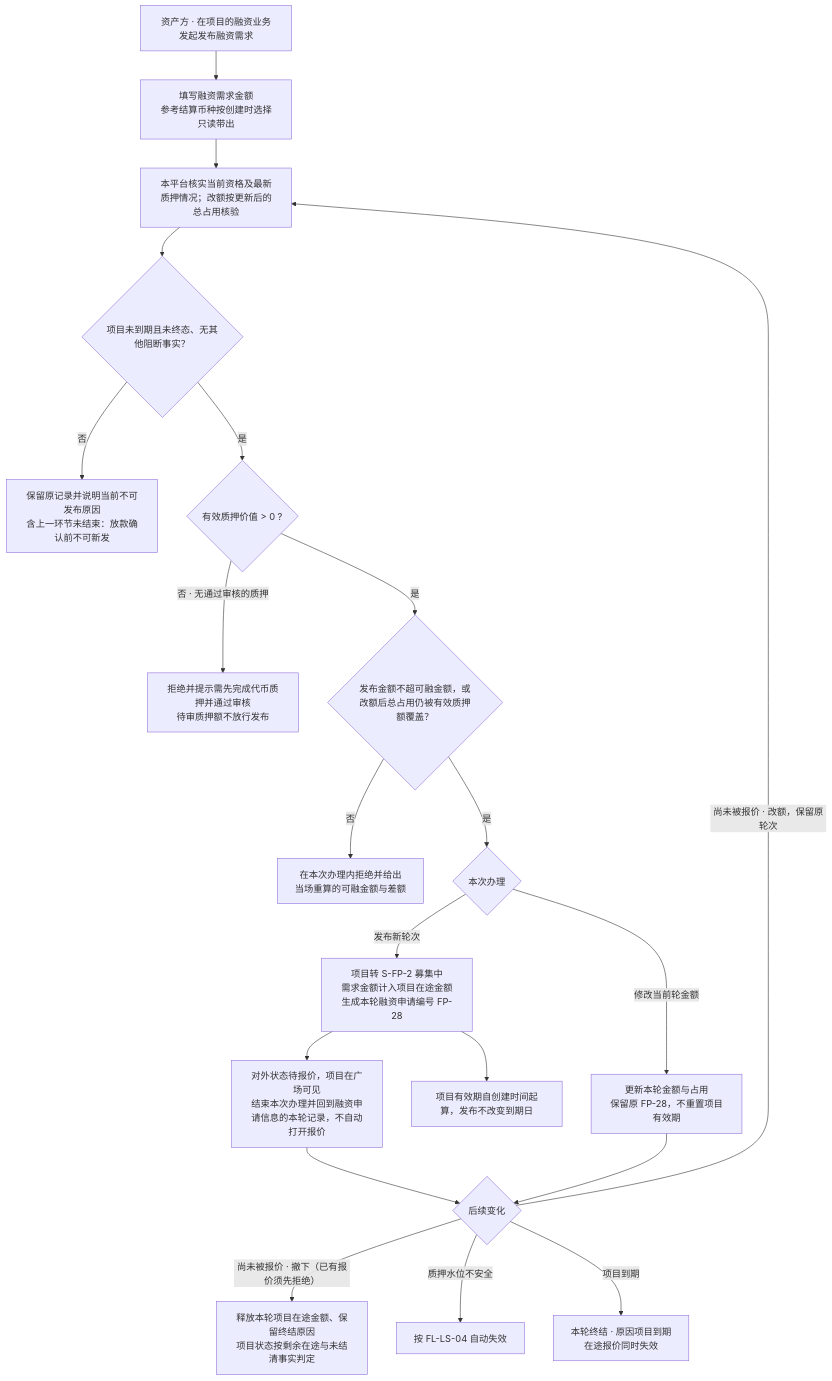
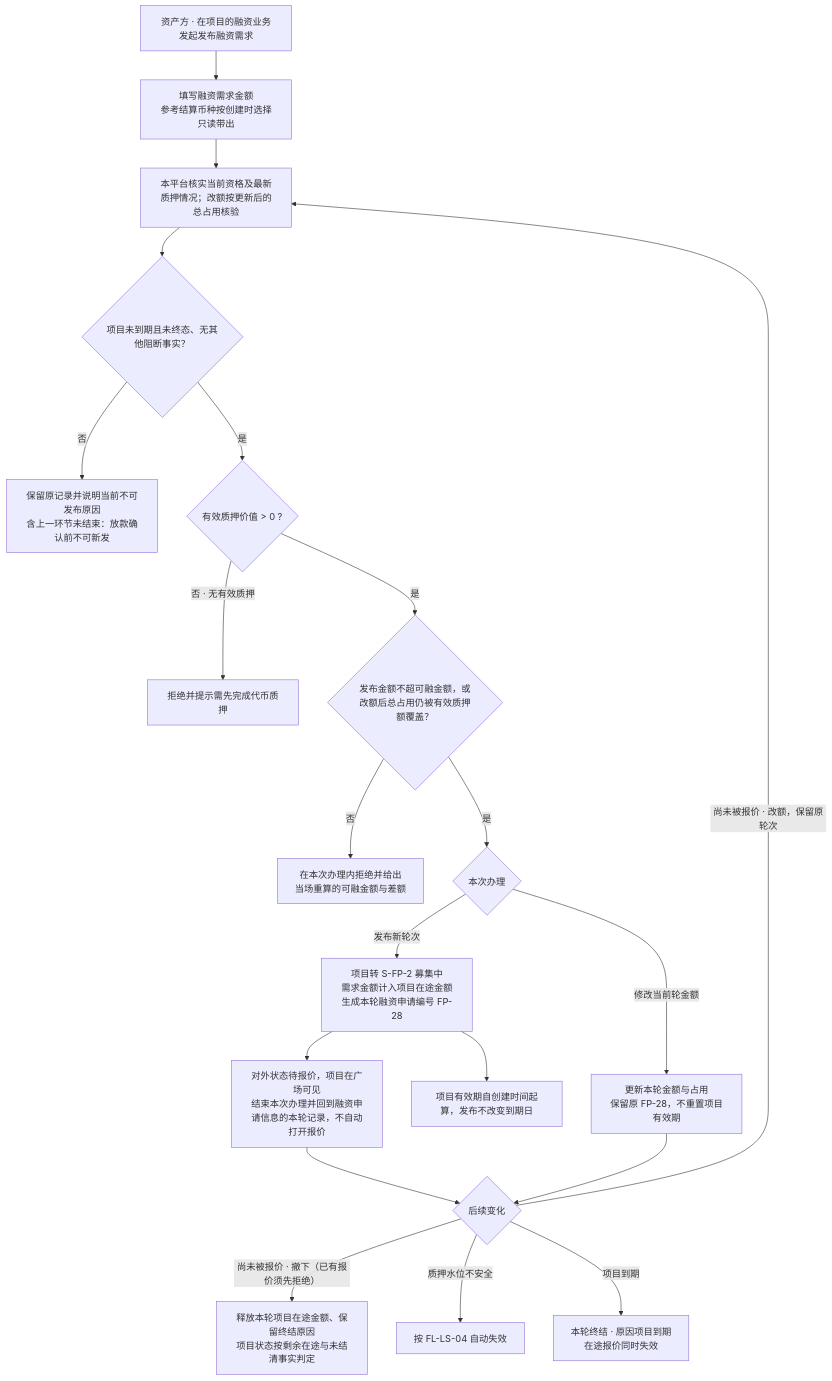
One commit to wxblockchain/Chain-Financing changed the second of 9 diagrams in lending-platform/PRD/面客端/05-借贷广场-融资需求与代币质押/02-融资需求与代币质押-流程图与状态机.md. Above: the diagram before and after it, drawn with Mermaid. The commit also changed other lines of this file and 28 other files, not shown here.

````diff
--- a/lending-platform/PRD/面客端/05-借贷广场-融资需求与代币质押/02-融资需求与代币质押-流程图与状态机.md
+++ b/lending-platform/PRD/面客端/05-借贷广场-融资需求与代币质押/02-融资需求与代币质押-流程图与状态机.md
@@ -61,22 +54,22 @@
 ```mermaid
 flowchart TD
   A["资产方 · 在项目的融资业务发起发布融资需求"] --> B["填写融资需求金额<br/>参考结算币种按创建时选择只读带出"]
   B --> C["本平台核实当前资格及最新质押情况；改额按更新后的总占用核验"]
   C --> P{"项目未到期且未终态、无其他阻断事实？"}
   P -- "否" --> STOP["保留原记录并说明当前不可发布原因<br/>含上一环节未结束：放款确认前不可新发"]
   P -- "是" --> D{"有效质押价值 > 0 ?"}
-  D -- "否 · 无通过审核的质押" --> E["拒绝并提示需先完成代币质押并通过审核<br/>待审质押额不放行发布"]
+  D -- "否 · 无有效质押" --> E["拒绝并提示需先完成代币质押"]
   D -- "是" --> F{"发布金额不超可融金额，或改额后总占用仍被有效质押额覆盖？"}
   F -- "否" --> G["在本次办理内拒绝并给出<br/>当场重算的可融金额与差额"]
   F -- "是" --> T{"本次办理"}
   T -- "发布新轮次" --> H["项目转 S-FP-2 募集中<br/>需求金额计入项目在途金额<br/>生成本轮融资申请编号 FP-28"]
   T -- "修改当前轮金额" --> R["更新本轮金额与占用<br/>保留原 FP-28，不重置项目有效期"]
   H --> I["项目有效期自创建时间起算，发布不改变到期日"]
   H --> J["对外状态待报价，项目在广场可见<br/>结束本次办理并回到融资申请信息的本轮记录，不自动打开报价"]
   J --> K{"后续变化"}
   R --> K
   K -- "尚未被报价 · 改额，保留原轮次" --> C
   K -- "尚未被报价 · 撤下（已有报价须先拒绝）" --> L["释放本轮项目在途金额、保留终结原因<br/>项目状态按剩余在途与未结清事实判定"]
   K -- "质押水位不安全" --> M["按 FL-LS-04 自动失效"]
   K -- "项目到期" --> X["本轮终结 · 原因项目到期<br/>在途报价同时失效"]
 ```
````
